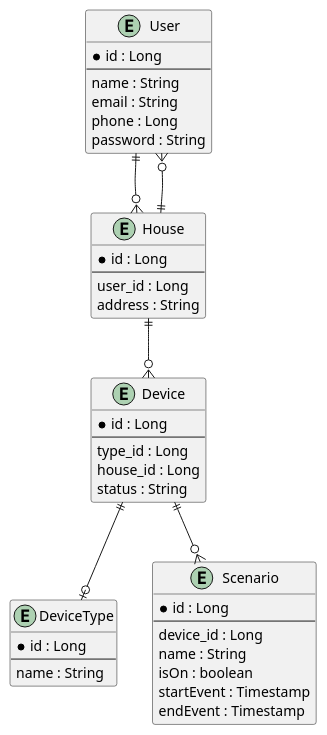
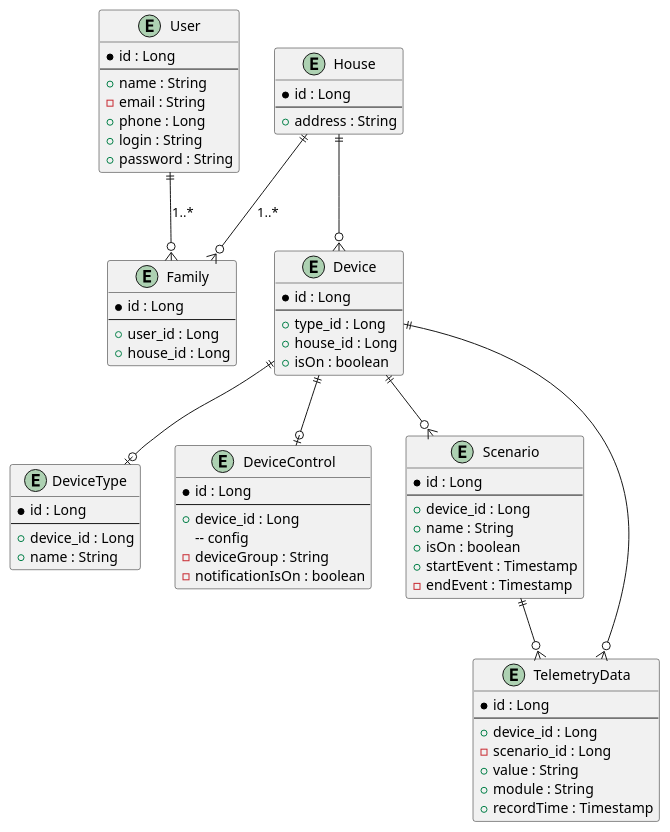
One commit to Ivan-Kozhushko/architecture-sprint-3 changed the diagram in c4-diagrams/to-be/task3-er.puml. Above: the diagram before and after it, drawn with PlantUML. The commit also changed 3 other files, not shown here.

```diff
--- a/c4-diagrams/to-be/task3-er.puml
+++ b/c4-diagrams/to-be/task3-er.puml
@@ -1,47 +1,77 @@
 @startuml
 entity "User" as user {
     * id : Long
     --
-    name : String
-    email : String
-    phone : Long
-    password : String
+    + name : String
+    - email : String
+    + phone : Long
+    + login : String
+    + password : String
 }
 
 entity "House" as house {
     * id : Long
     --
-    user_id : Long
-    address : String
+    + address : String
+}
+
+entity "Family" as family {
+    * id : Long
+    --
+    + user_id : Long
+    + house_id : Long
 }
 
 entity "Device" as device {
     * id : Long
     --
-    type_id : Long
-    house_id : Long
-    status : String
+    + type_id : Long
+    + house_id : Long
+    + isOn : boolean
 }
 
 entity "DeviceType" as deviceType {
     * id : Long
     --
-    name : String
+    + device_id : Long
+    + name : String
+}
+
+entity "DeviceControl" as deviceControl {
+    * id : Long
+    --
+    + device_id : Long
+    -- config
+    - deviceGroup : String
+    - notificationIsOn : boolean
 }
 
 entity "Scenario" as scenario {
     * id : Long
     --
-    device_id : Long
-    name : String
-    isOn : boolean
-    startEvent : Timestamp
-    endEvent : Timestamp
+    + device_id : Long
+    + name : String
+    + isOn : boolean
+    + startEvent : Timestamp
+    - endEvent : Timestamp
 }
 
-user ||--o{ house
-house ||--o{ user
+entity "TelemetryData" as telemetryData {
+    * id : Long
+    --
+    + device_id : Long
+    - scenario_id : Long
+    + value : String
+    + module : String
+    + recordTime : Timestamp
+}
+
+user ||--o{ family : "1..*" 
+house ||--o{ family : "1..*" 
 house ||--o{ device 
 device ||--o| deviceType 
+device ||--o| deviceControl 
 device ||--o{ scenario 
+device ||--o{ telemetryData 
+scenario ||--o{ telemetryData 
 @enduml
```
